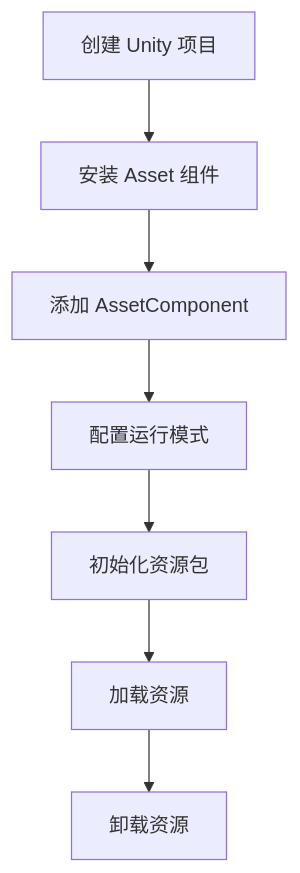
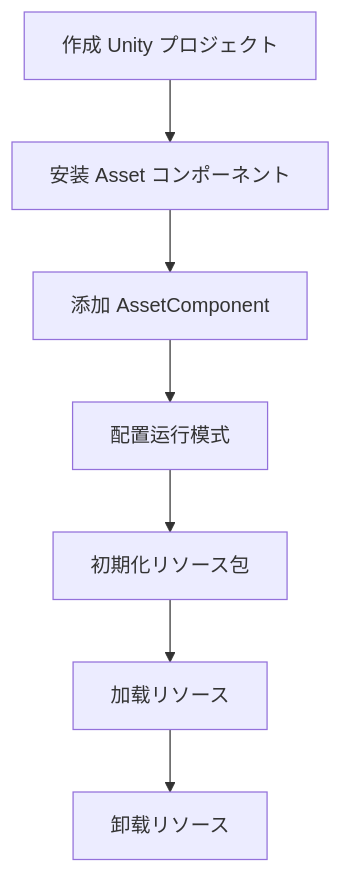
Before and after one commit to AlianBlank/GameFrameX.Docs: the diagram in docs/ja/client/unity/component/asset/07.first-steps.md, drawn with Mermaid. The commit also changed other lines of this file and 603 other files, not shown here.

````diff
--- a/docs/ja/client/unity/component/asset/07.first-steps.md
+++ b/docs/ja/client/unity/component/asset/07.first-steps.md
@@ -13,9 +13,9 @@
 ```mermaid
 flowchart TD
-    A[创建 Unity 项目] --> B[安装 Asset 组件]
+    A[作成 Unity プロジェクト] --> B[安装 Asset コンポーネント]
     B --> C[添加 AssetComponent]
     C --> D[配置运行模式]
-    D --> E[初始化资源包]
-    E --> F[加载资源]
-    F --> G[卸载资源]
+    D --> E[初期化リソース包]
+    E --> F[加载リソース]
+    F --> G[卸载リソース]
 ```
````
